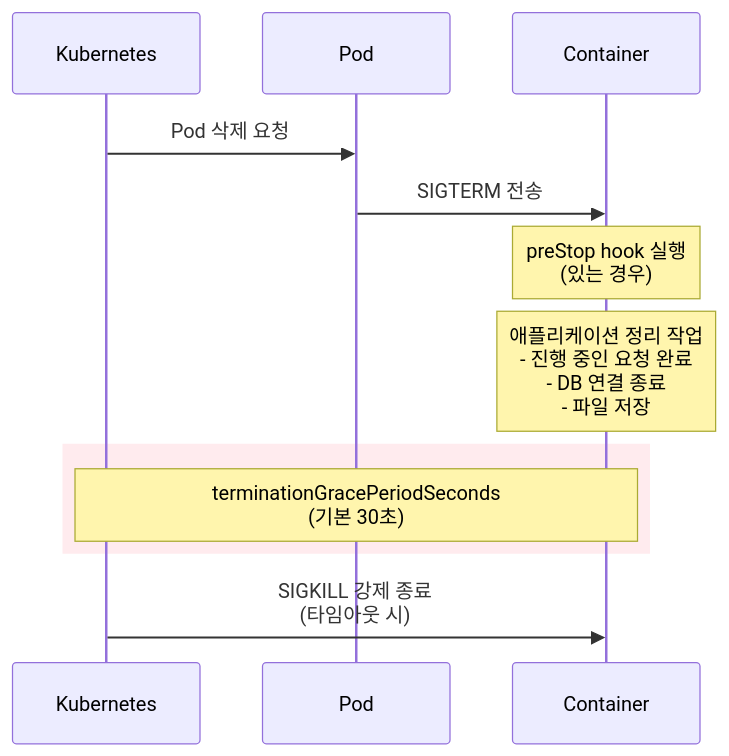
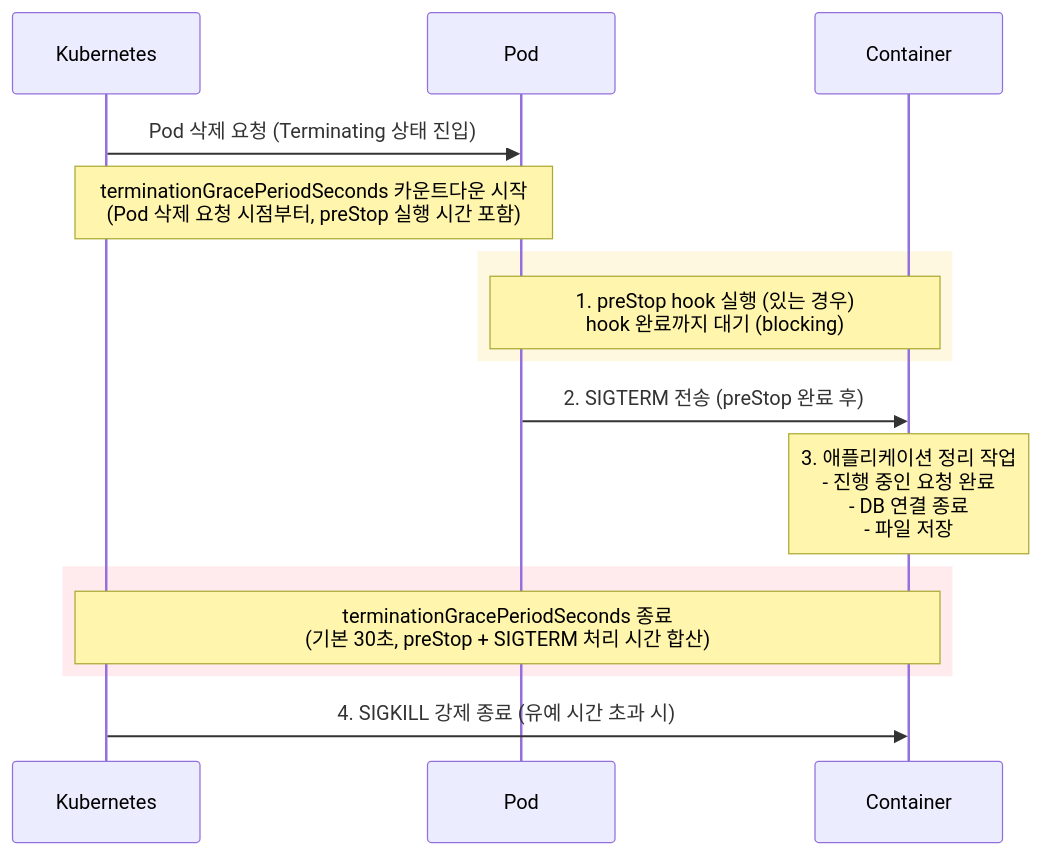
Before and after one commit to sskim91/TIL: the sixth of 17 diagrams in kubernetes/Kubernetes-Pod.md, drawn with Mermaid. The commit also changed other lines of this file and 9 other files, not shown here.

````diff
--- a/kubernetes/Kubernetes-Pod.md
+++ b/kubernetes/Kubernetes-Pod.md
@@ -255,17 +257,22 @@
 ```mermaid
 sequenceDiagram
     participant K as Kubernetes
     participant P as Pod
     participant C as Container
 
-    K->>P: Pod 삭제 요청
-    P->>C: SIGTERM 전송
-    Note over C: preStop hook 실행<br>(있는 경우)
-    Note over C: 애플리케이션 정리 작업<br>- 진행 중인 요청 완료<br>- DB 연결 종료<br>- 파일 저장
+    K->>P: Pod 삭제 요청 (Terminating 상태 진입)
+    Note over K,P: terminationGracePeriodSeconds 카운트다운 시작<br>(Pod 삭제 요청 시점부터, preStop 실행 시간 포함)
+
+    rect rgb(255, 248, 225)
+        Note over P,C: 1. preStop hook 실행 (있는 경우)<br>hook 완료까지 대기 (blocking)
+    end
+
+    P->>C: 2. SIGTERM 전송 (preStop 완료 후)
+    Note over C: 3. 애플리케이션 정리 작업<br>- 진행 중인 요청 완료<br>- DB 연결 종료<br>- 파일 저장
 
     rect rgb(255, 235, 238)
-        Note over K,C: terminationGracePeriodSeconds<br>(기본 30초)
+        Note over K,C: terminationGracePeriodSeconds 종료<br>(기본 30초, preStop + SIGTERM 처리 시간 합산)
     end
 
-    K->>C: SIGKILL 강제 종료<br>(타임아웃 시)
+    K->>C: 4. SIGKILL 강제 종료 (유예 시간 초과 시)
 ```
````
